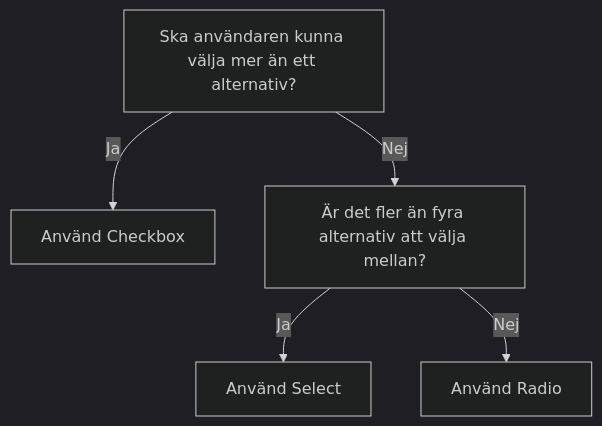
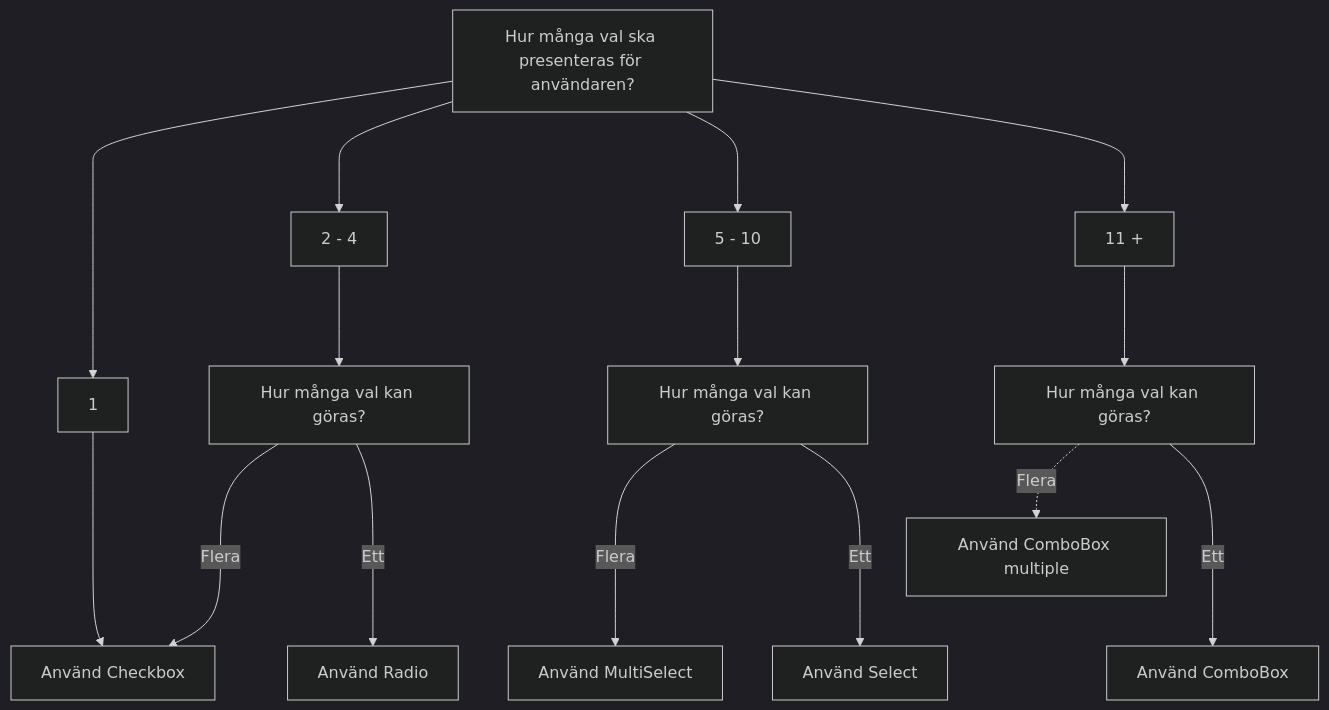
Before and after one commit to migrationsverket/midas: the diagram in apps/docs/docs/components/multi-select.mdx, drawn with Mermaid (dark theme). The commit also changed 4 other files, not shown here.

Commit message:
docs: new flowchart for select decision

````diff
--- a/apps/docs/docs/components/multi-select.mdx
+++ b/apps/docs/docs/components/multi-select.mdx
@@ -50,8 +50,18 @@
 ```mermaid
 flowchart TD;
-    A[Ska användaren kunna välja mer än ett alternativ?]:::primary
-    A -->|Ja| B[Använd Checkbox]
-    A -->|Nej| C[Är det fler än fyra alternativ att välja mellan?]:::primary
-    C -->|Ja| E[Använd Select]:::primary
-    C -->|Nej| D[Använd Radio]
+  A[Hur många val ska presenteras för användaren?]:::primary
+  A ---> B[1]
+  A ---> C[2 - 4]
+  A ---> D[5 - 10]:::primary
+  A ---> E[11 +]
+  B ---> F[Använd Checkbox]
+  C ---> G[Hur många val kan göras?]
+  G --->|Flera| F
+  G --->|Ett| H[Använd Radio]
+  D ---> I[Hur många val kan göras?]:::primary
+  I --->|Flera| J[Använd MultiSelect]:::primary
+  I --->|Ett| K[Använd Select]
+  E ---> L[Hur många val kan göras?]
+  L -.Flera.-> M[Använd ComboBox multiple]
+  L --->|Ett| N[Använd ComboBox]
 ```
````
